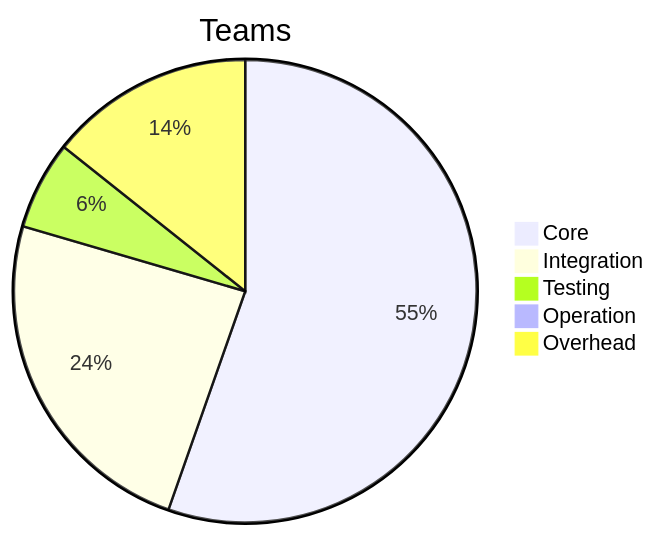
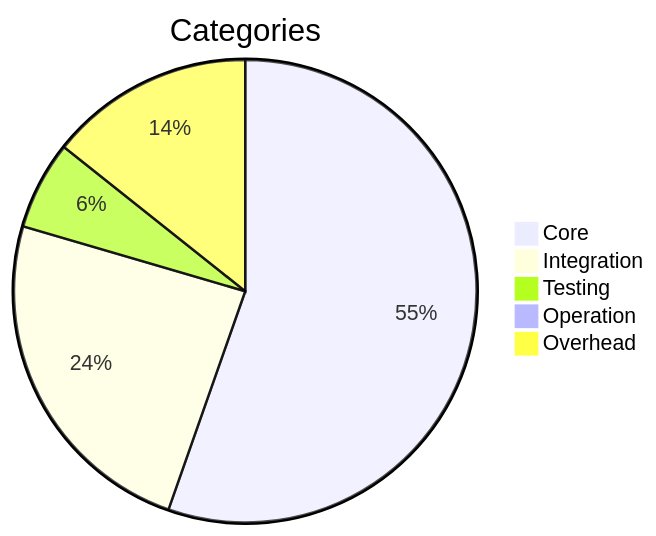
The second of 4 diagrams in financial-reports/2025-03-04-march-2025.md (qubic/qct), drawn with Mermaid before and after one commit. The commit also changed other lines of this file, not shown here.

````diff
--- a/financial-reports/2025-03-04-march-2025.md
+++ b/financial-reports/2025-03-04-march-2025.md
@@ -32,9 +33,9 @@
  ```mermaid
-pie title Teams
-"Core":53.6593998286852
-"Integration":23.394300690397
-"Testing":5.97567061866065
+pie title Categories
+"Core":53.6133550124617
+"Integration":23.3742261782071
+"Testing":5.97054293075645
 "Operation":0
-"Overhead":13.8631274718075
+"Overhead":13.851231603446
 
 ```
````
